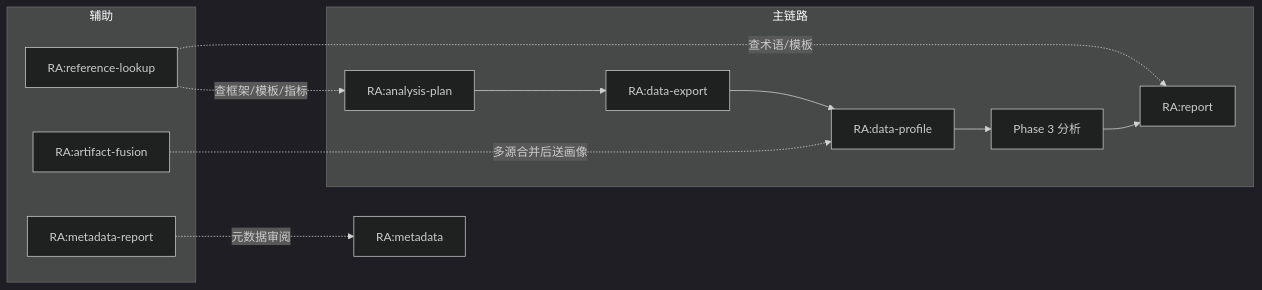
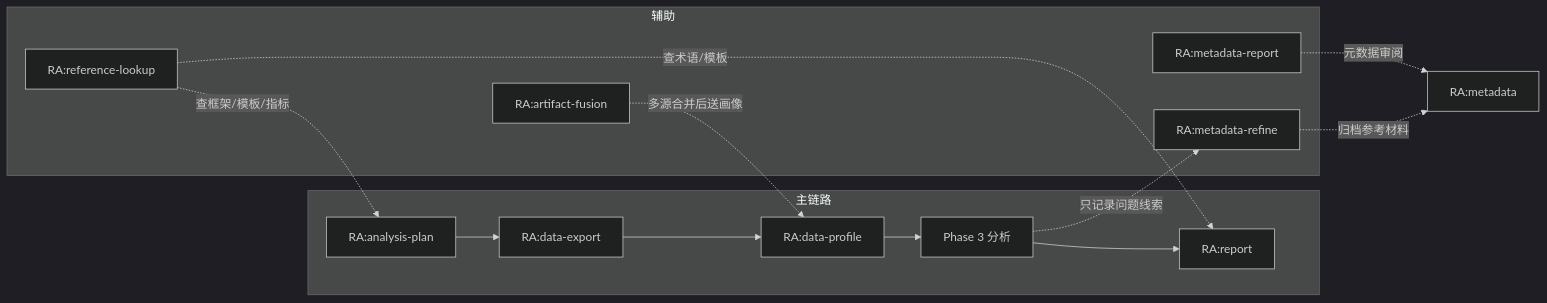
One commit to dabaige53/RealAnalyst changed the fourth of 4 diagrams in skills/README.md. Above: the diagram before and after it, drawn with Mermaid (dark theme). The commit also changed other lines of this file and 20 other files, not shown here.

Commit message:
feat: add metadata refine workflow

````diff
--- a/skills/README.md
+++ b/skills/README.md
@@ -212,20 +224,23 @@
 ```mermaid
 flowchart LR
     subgraph Main["主链路"]
         AP["RA:analysis-plan"] --> EX["RA:data-export"]
         EX --> DP["RA:data-profile"]
         DP --> Analysis["Phase 3 分析"]
         Analysis --> RPT["RA:report"]
     end
 
     subgraph Aux["辅助"]
         RL["RA:reference-lookup"]
         AF["RA:artifact-fusion"]
         MR["RA:metadata-report"]
+        REF["RA:metadata-refine"]
     end
 
     RL -.->|查框架/模板/指标| AP
     RL -.->|查术语/模板| RPT
     AF -.->|多源合并后送画像| DP
     MR -.->|元数据审阅| M["RA:metadata"]
+    Analysis -.->|只记录问题线索| REF
+    REF -.->|归档参考材料| M
 ```
````
